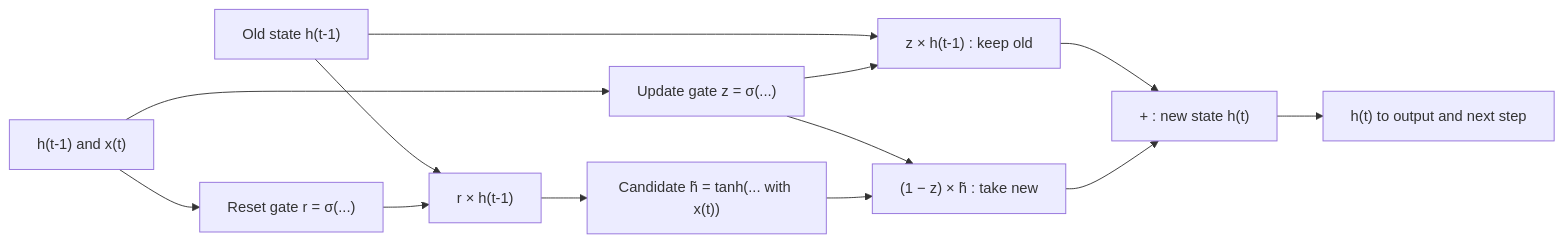
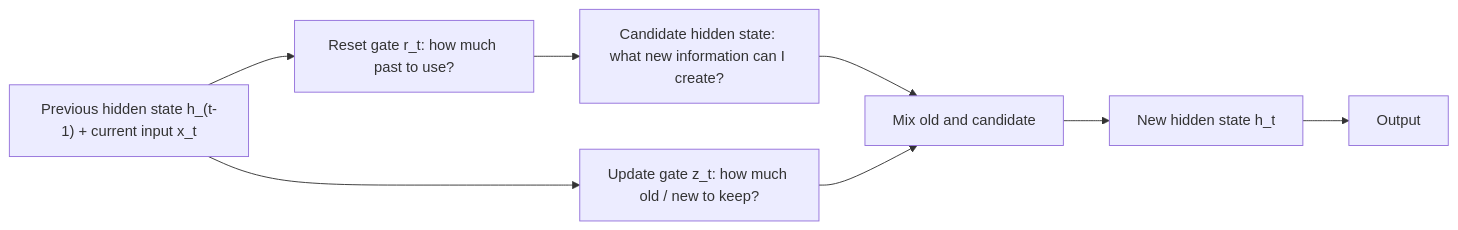
One commit to TrendySloth1001/sem-seven-notes changed the fourth of 4 diagrams in content/deep-learning/notes/lstm-gru.mdx. Above: the diagram before and after it, drawn with Mermaid. The commit also changed other lines of this file and 186 other files, not shown here.

````diff
--- a/content/deep-learning/notes/lstm-gru.mdx
+++ b/content/deep-learning/notes/lstm-gru.mdx
@@ -321,16 +301,11 @@
 ```mermaid
-%% caption: One GRU cell. There is no separate cell state. The update gate z mixes old memory and new candidate, z of the old and 1 − z of the new; the reset gate r decides how much old memory the candidate may look at.
+%% caption: One GRU time step, as the class draws it. Two gates, no separate cell state: the hidden state is the memory.
 flowchart LR
-  IN["h(t-1) and x(t)"] --> Z["Update gate z = σ(...)"]
-  IN --> R["Reset gate r = σ(...)"]
-  H0["Old state h(t-1)"] --> RH["r × h(t-1)"]
-  R --> RH
-  RH --> CAND["Candidate h̃ = tanh(... with x(t))"]
-  H0 --> KEEP["z × h(t-1) : keep old"]
-  Z --> KEEP
-  Z --> NEW["(1 − z) × h̃ : take new"]
-  CAND --> NEW
-  KEEP --> ADD["+ : new state h(t)"]
-  NEW --> ADD
-  ADD --> OUT["h(t) to output and next step"]
+  A["Previous hidden state h_(t-1) + current input x_t"] --> R["Reset gate r_t: how much past to use?"]
+  R --> C["Candidate hidden state: what new information can I create?"]
+  A --> U["Update gate z_t: how much old / new to keep?"]
+  C --> M["Mix old and candidate"]
+  U --> M
+  M --> H["New hidden state h_t"]
+  H --> O["Output"]
 ```
````
